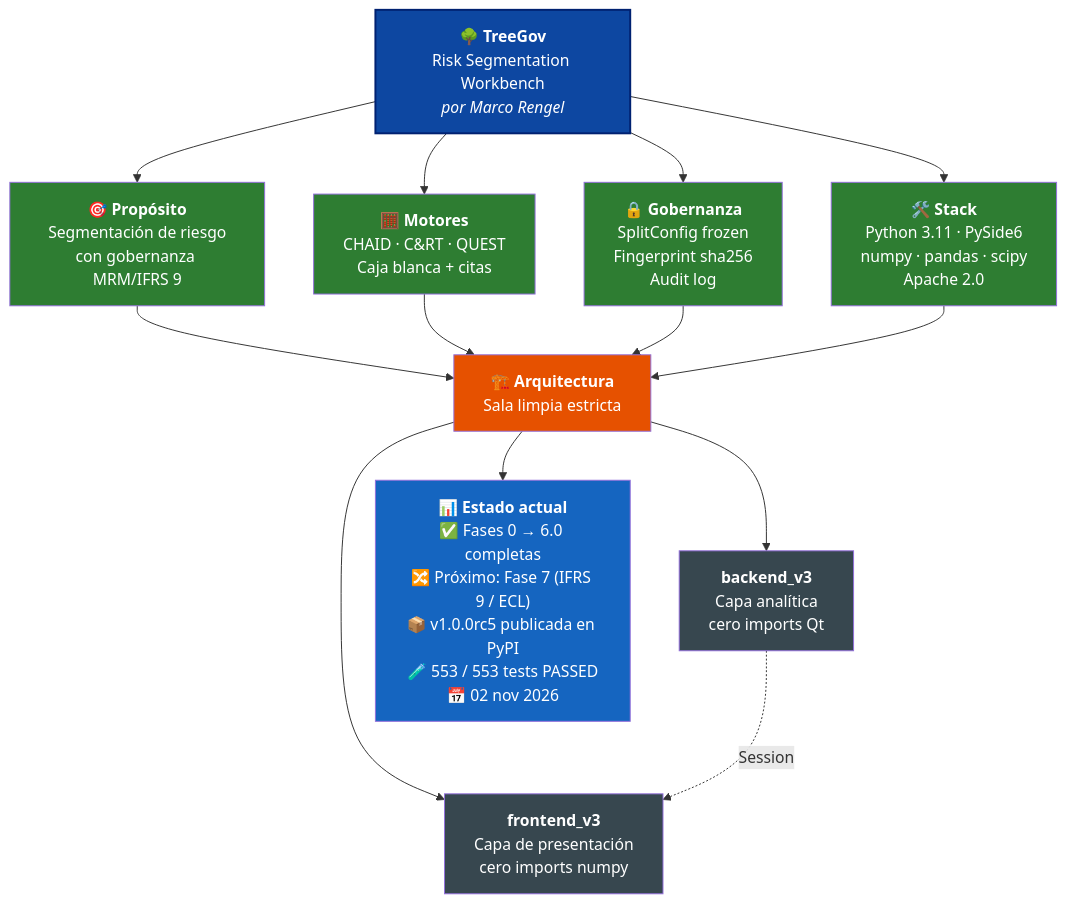
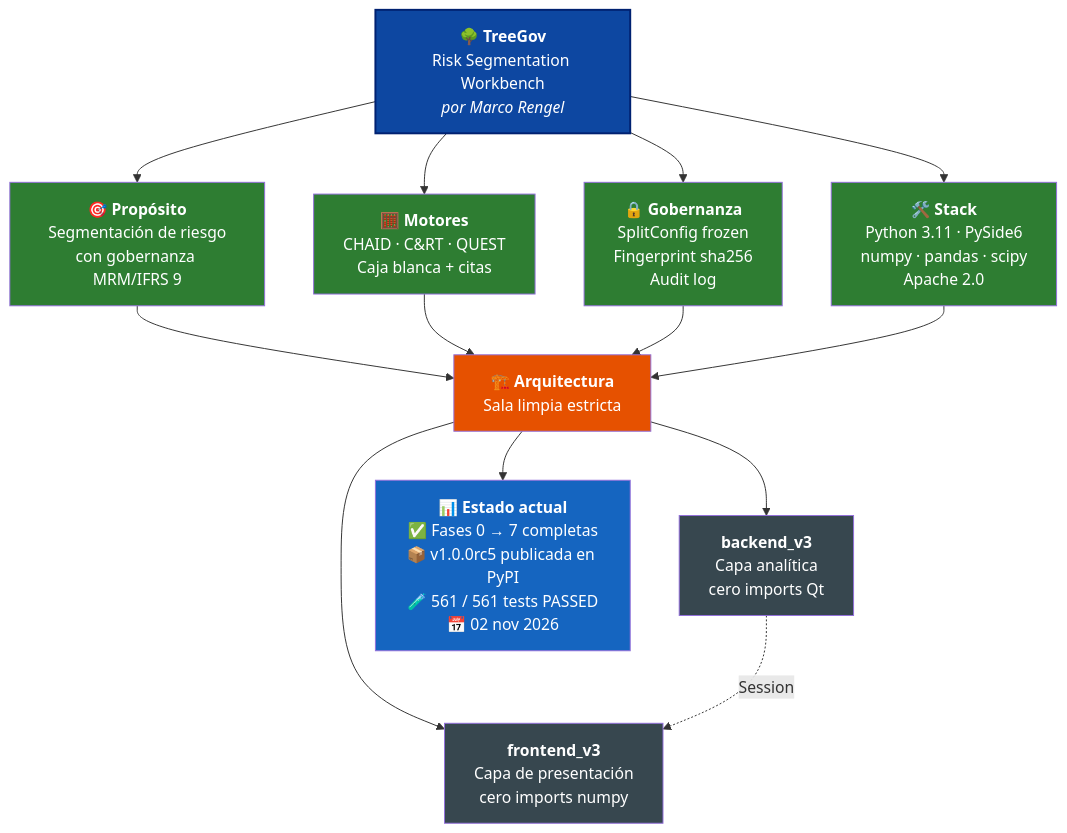
Before and after one commit to Marco-Rengel/treegov: the diagram in README.es.md, drawn with Mermaid. The commit also changed other lines of this file and 13 other files, not shown here.

Commit message:
docs(release): cierre de Fase 7 (IFRS9) y sincronización final

````diff
--- a/README.es.md
+++ b/README.es.md
@@ -38,31 +38,31 @@
 ```mermaid
 flowchart TB
     TG["<b>🌳 TreeGov</b><br/>Risk Segmentation Workbench<br/><i>por Marco Rengel</i>"]
 
     TG --> P["<b>🎯 Propósito</b><br/>Segmentación de riesgo<br/>con gobernanza MRM/IFRS 9"]
     TG --> M["<b>🧮 Motores</b><br/>CHAID · C&RT · QUEST<br/>Caja blanca + citas"]
     TG --> G["<b>🔒 Gobernanza</b><br/>SplitConfig frozen<br/>Fingerprint sha256<br/>Audit log"]
     TG --> S["<b>🛠️ Stack</b><br/>Python 3.11 · PySide6<br/>numpy · pandas · scipy<br/>Apache 2.0"]
 
     P --> ARQ["<b>🏗️ Arquitectura</b><br/>Sala limpia estricta"]
     M --> ARQ
     G --> ARQ
     S --> ARQ
 
     ARQ --> BE["<b>backend_v3</b><br/>Capa analítica<br/>cero imports Qt"]
     ARQ --> FE["<b>frontend_v3</b><br/>Capa de presentación<br/>cero imports numpy"]
 
     BE -.->|Session| FE
 
-    ARQ --> ST["<b>📊 Estado actual</b><br/>✅ Fases 0 → 6.0 completas<br/>🔀 Próximo: Fase 7 (IFRS 9 / ECL)<br/>📦 v1.0.0rc5 publicada en PyPI<br/>🧪 553 / 553 tests PASSED<br/>📅 02 nov 2026"]
+    ARQ --> ST["<b>📊 Estado actual</b><br/>✅ Fases 0 → 7 completas<br/>📦 v1.0.0rc5 publicada en PyPI<br/>🧪 561 / 561 tests PASSED<br/>📅 02 nov 2026"]
 
     style TG fill:#0D47A1,color:#fff,stroke:#002171,stroke-width:2px
     style P fill:#2E7D32,color:#fff
     style M fill:#2E7D32,color:#fff
     style G fill:#2E7D32,color:#fff
     style S fill:#2E7D32,color:#fff
     style ARQ fill:#E65100,color:#fff
     style BE fill:#37474F,color:#fff
     style FE fill:#37474F,color:#fff
     style ST fill:#1565C0,color:#fff
 ```
````
